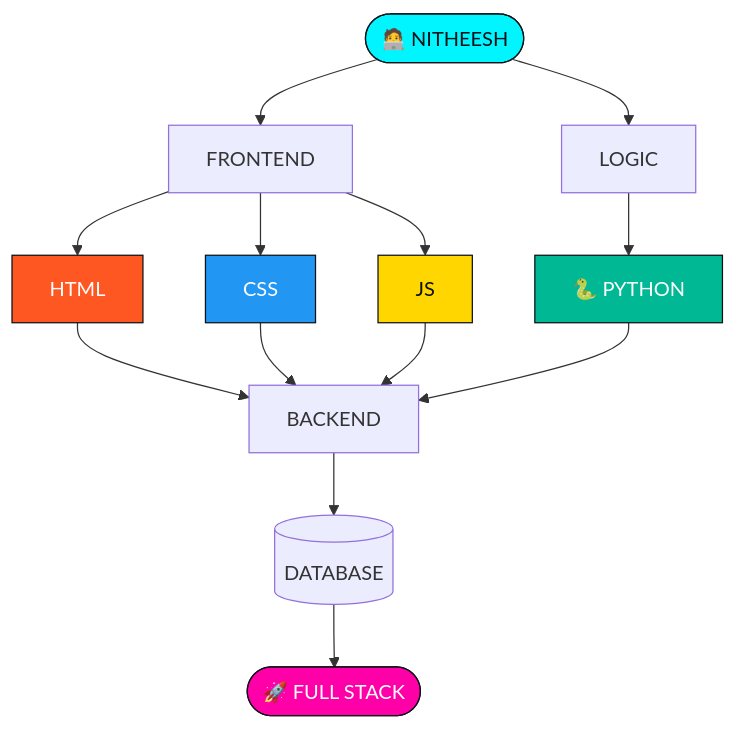
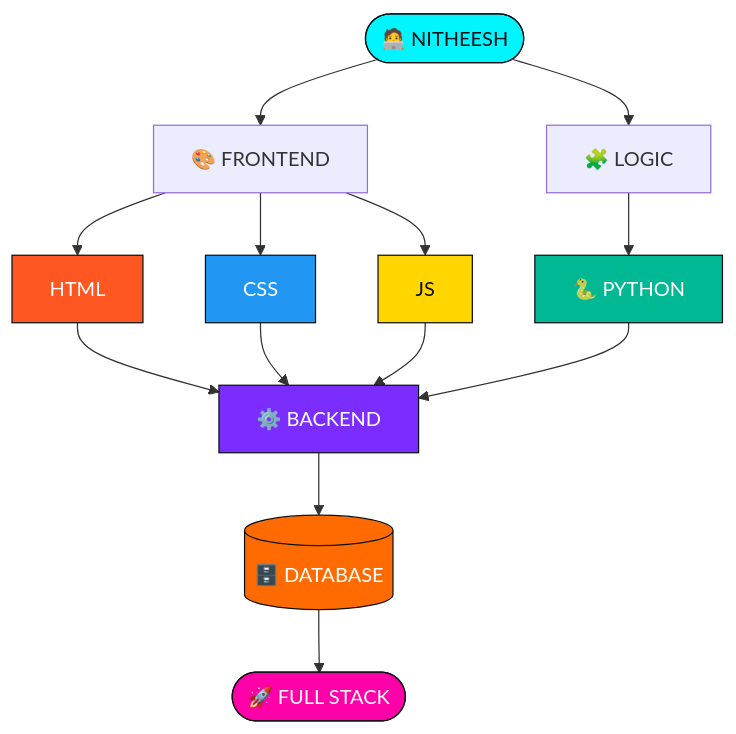
Before and after one commit to nitheesh2315/nitheesh2315: the fourth of 4 diagrams in README.md, drawn with Mermaid. The commit also changed other lines of this file, not shown here.

````diff
--- a/README.md
+++ b/README.md
@@ -149,21 +163,23 @@
 ```mermaid
 flowchart TD
-    N([🧑‍💻 NITHEESH]) --> F[FRONTEND]
-    N --> L[LOGIC]
+    N([🧑‍💻 NITHEESH]) --> F[🎨 FRONTEND]
+    N --> L[🧩 LOGIC]
     F --> H[HTML]
     F --> C[CSS]
     F --> J[JS]
     L --> P[🐍 PYTHON]
-    H --> B[BACKEND]
+    H --> B[⚙️ BACKEND]
     C --> B
     J --> B
     P --> B
-    B --> D[(DATABASE)]
+    B --> D[(🗄️ DATABASE)]
     D --> FS([🚀 FULL STACK])
     style N fill:#00F5FF,stroke:#0D1117,color:#0D1117
     style FS fill:#FF00A8,stroke:#0D1117,color:#fff
     style P fill:#00B894,stroke:#0D1117,color:#fff
     style H fill:#FF5722,stroke:#0D1117,color:#fff
     style C fill:#2196F3,stroke:#0D1117,color:#fff
     style J fill:#FFD600,stroke:#0D1117,color:#0D1117
+    style B fill:#7B2CFF,stroke:#0D1117,color:#fff
+    style D fill:#FF6B00,stroke:#0D1117,color:#fff
 ```
````
